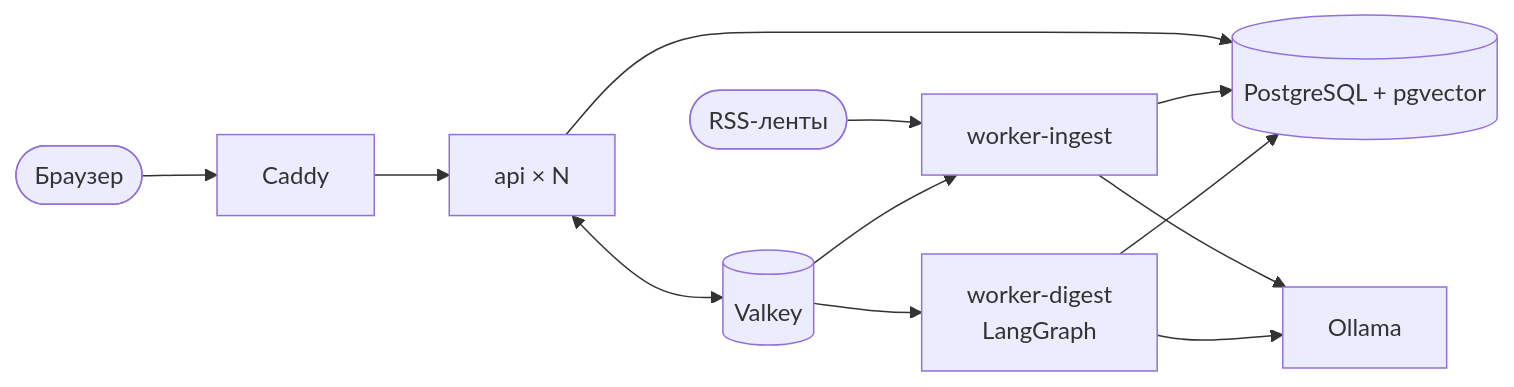
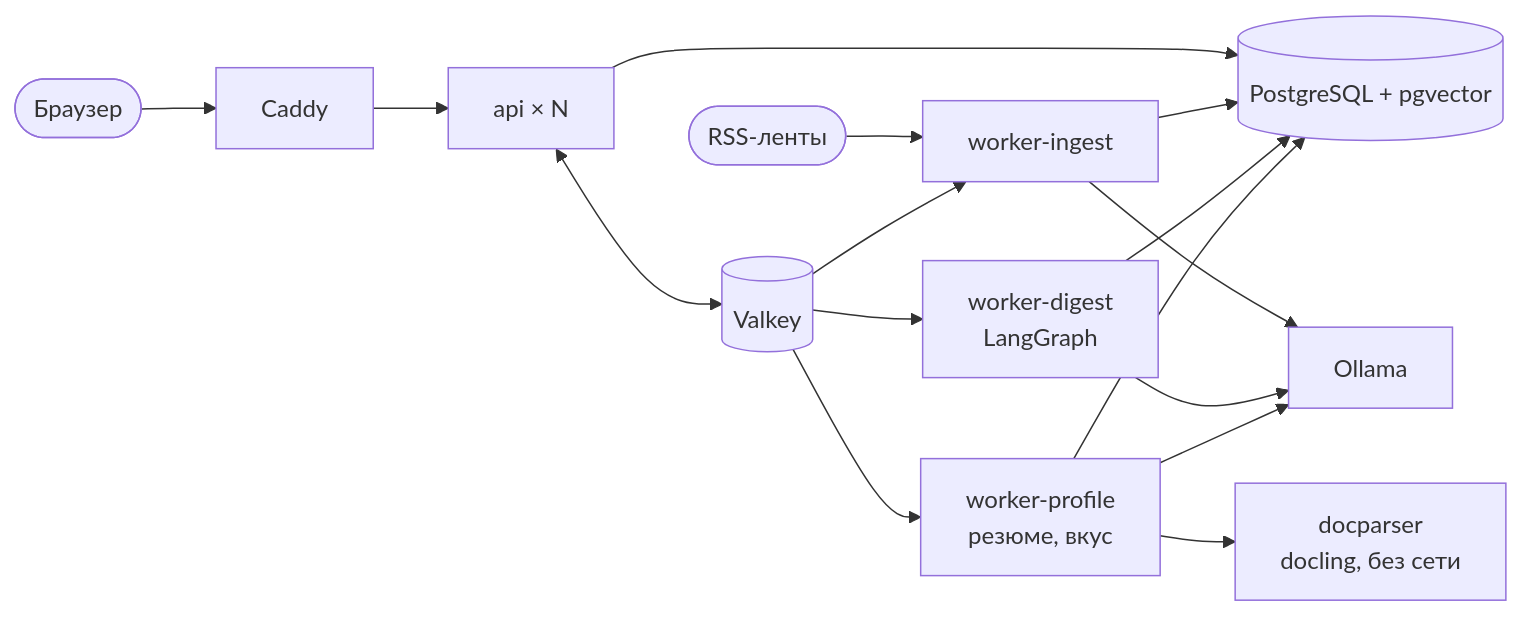
Before and after one commit to verikirill/scrap-and-grep: the diagram in README.md, drawn with Mermaid. The commit also changed other lines of this file and 15 other files, not shown here.

````diff
--- a/README.md
+++ b/README.md
@@ -78,14 +102,18 @@
 ```mermaid
 flowchart LR
     feeds([RSS-ленты]) --> wi[worker-ingest]
     browser([Браузер]) --> web[Caddy]
     web --> api[api × N]
     api --> pg[(PostgreSQL + pgvector)]
     api <--> vk[(Valkey)]
     vk --> wi
     vk --> wd[worker-digest<br/>LangGraph]
+    vk --> wp[worker-profile<br/>резюме, вкус]
+    wp --> dp[docparser<br/>docling, без сети]
     wi --> pg
     wd --> pg
+    wp --> pg
     wi --> ollama[Ollama]
     wd --> ollama
+    wp --> ollama
 ```
````
